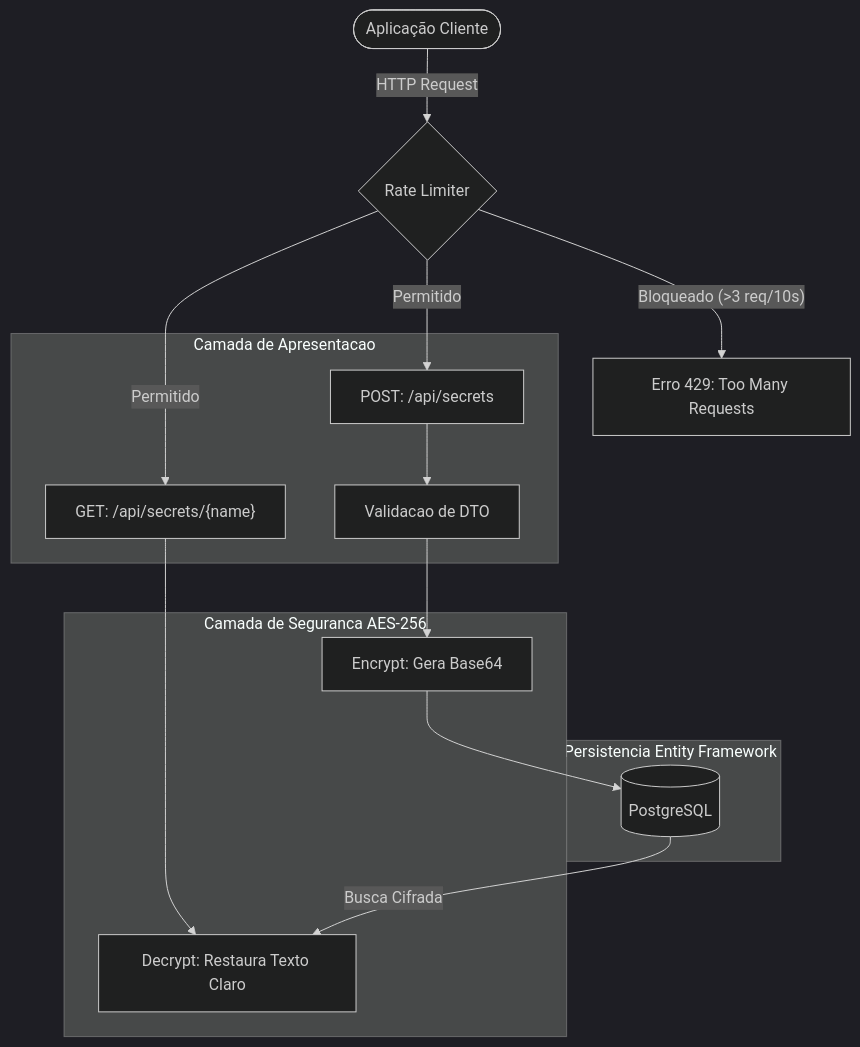
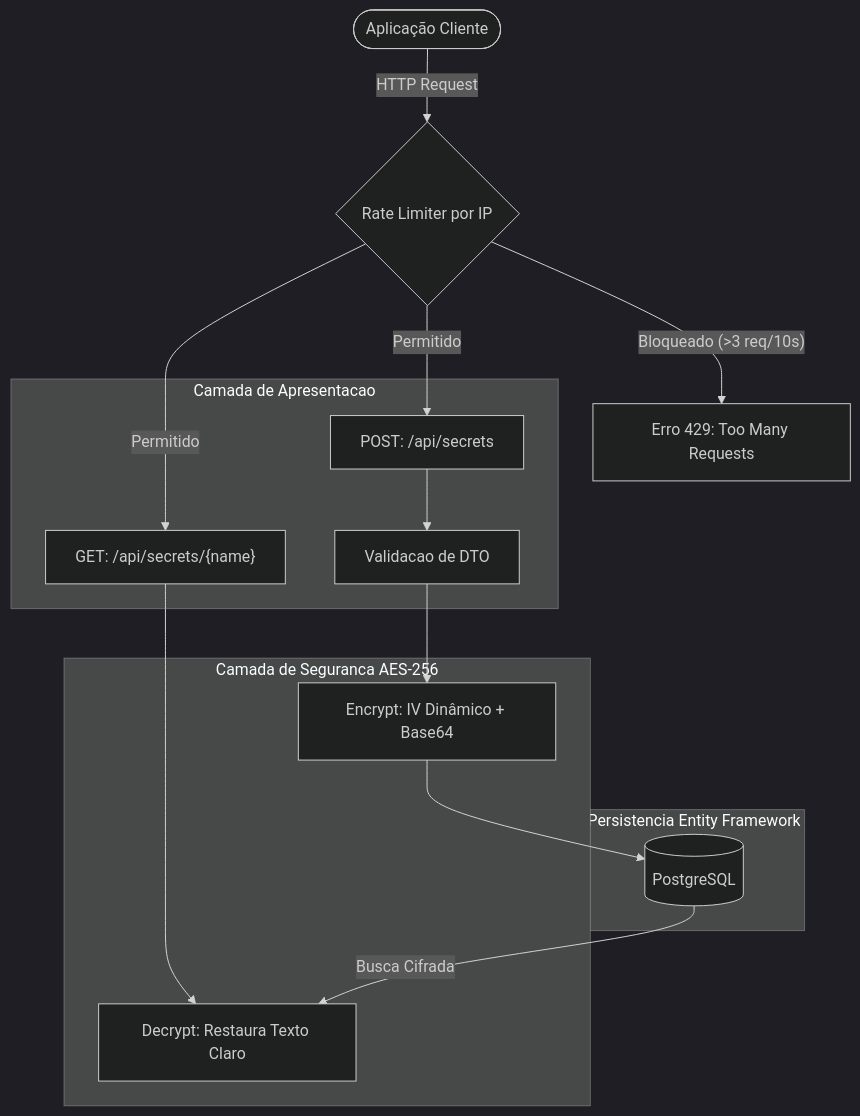
One commit to gustsoprani/SecureVault-API changed the diagram in README.md. Above: the diagram before and after it, drawn with Mermaid (dark theme). The commit also changed other lines of this file and 5 other files, not shown here.

Commit message:
Feat: Implementa IV dinamico no AES, particiona rate limit por IP e adiciona DevSecOps na pipeline

````diff
--- a/README.md
+++ b/README.md
@@ -23,23 +22,23 @@
 ```mermaid
 flowchart TD
-    Client([Aplicação Cliente]) -->|HTTP Request| RL{Rate Limiter}
+    Client([Aplicação Cliente]) -->|HTTP Request| RL{Rate Limiter por IP}
     
     RL -- "Bloqueado (>3 req/10s)" --> E429[Erro 429: Too Many Requests]
     RL -- "Permitido" --> C_POST["POST: /api/secrets"]
     RL -- "Permitido" --> C_GET["GET: /api/secrets/{name}"]
 
     subgraph Controller [Camada de Apresentacao]
         C_POST --> DTO[Validacao de DTO]
         C_GET
     end
 
     subgraph Service [Camada de Seguranca AES-256]
-        DTO --> ENC[Encrypt: Gera Base64]
+        DTO --> ENC[Encrypt: IV Dinâmico + Base64]
         C_GET --> DEC[Decrypt: Restaura Texto Claro]
     end
 
     subgraph Infrastructure [Persistencia Entity Framework]
         ENC --> DB[(PostgreSQL)]
         DB -->|Busca Cifrada| DEC
     end
 ```
````
